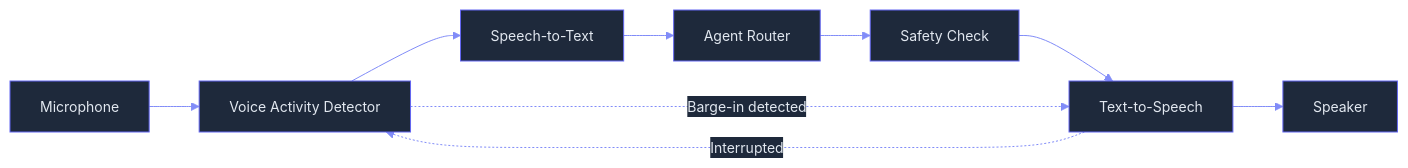
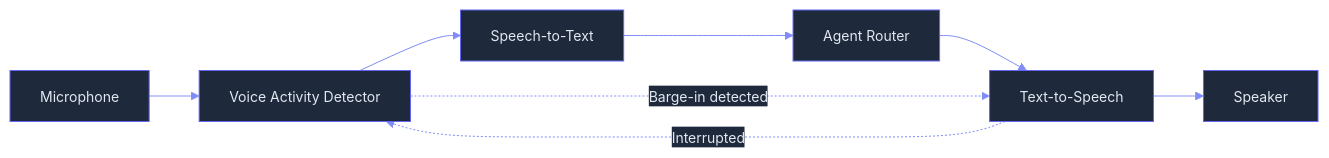
Before and after one commit to ndqkhanh/lyra: the first of 2 diagrams in docs/innovations/voice-mode.md, drawn with Mermaid. The commit also changed other lines of this file and 20 other files, not shown here.

````diff
--- a/docs/innovations/voice-mode.md
+++ b/docs/innovations/voice-mode.md
@@ -49,29 +49,28 @@
 ```mermaid
 %%{init: {'theme': 'base', 'themeVariables': {
   'primaryColor': '#7c3aed',
   'primaryTextColor': '#e2e8f0',
   'primaryBorderColor': '#a78bfa',
   'lineColor': '#818cf8',
   'secondaryColor': '#1e293b',
   'tertiaryColor': '#0f172a',
   'background': '#0d0d1a',
   'mainBkg': '#1e293b',
   'nodeBorder': '#6366f1',
   'clusterBkg': '#111827',
   'clusterBorder': '#4f46e5',
   'titleColor': '#c084fc',
   'edgeLabelBackground': '#1e293b',
   'nodeTextColor': '#e2e8f0',
   'fontSize': '14px'
 }}}%%
 graph LR
     MIC[Microphone] --> VAD[Voice Activity Detector]
     VAD --> STT[Speech-to-Text]
     STT --> ROUTER[Agent Router]
-    ROUTER --> SAFETY[Safety Check]
-    SAFETY --> TTS[Text-to-Speech]
+    ROUTER --> TTS[Text-to-Speech]
     TTS --> SPKR[Speaker]
 
     VAD -.->|Barge-in detected| TTS
     TTS -.->|Interrupted| VAD
 ```
````
